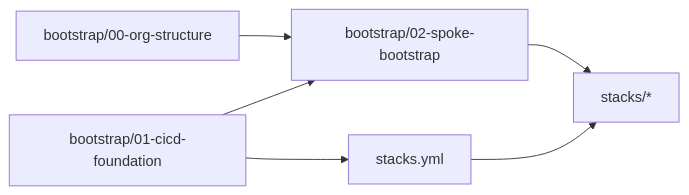
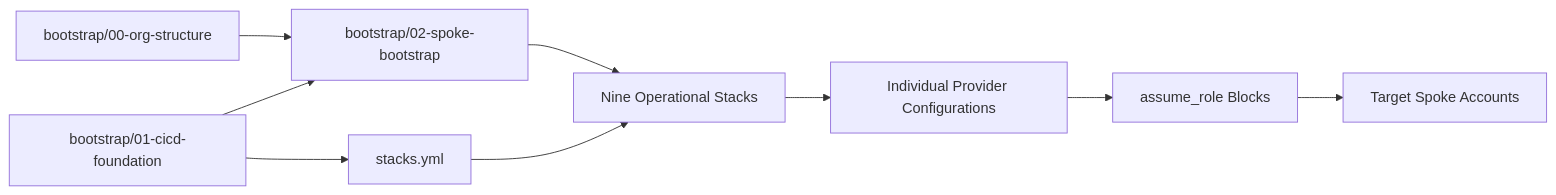
Diagram 12 of 12 in .qoder/repowiki/en/content/Stack Architecture/Stack Architecture.md (AlibabaCloudLandingZone/alibabacloud-landingzone-accelerator-github-demo), drawn with Mermaid before and after one commit. The commit also changed other lines of this file and 104 other files, not shown here.

````diff
--- a/.qoder/repowiki/en/content/Stack Architecture/Stack Architecture.md
+++ b/.qoder/repowiki/en/content/Stack Architecture/Stack Architecture.md
@@ -311,8 +432,11 @@
 ```mermaid
 graph LR
 ORG["bootstrap/00-org-structure"] --> SPOKE["bootstrap/02-spoke-bootstrap"]
 CICD["bootstrap/01-cicd-foundation"] --> SPOKE
-SPOKE --> STACKS["stacks/*"]
+SPOKE --> STACKS["Nine Operational Stacks"]
 CICD --> WORKFLOW["stacks.yml"]
 WORKFLOW --> STACKS
+STACKS --> PROVIDERS["Individual Provider Configurations"]
+PROVIDERS --> ASSUME["assume_role Blocks"]
+ASSUME --> SPEAKER["Target Spoke Accounts"]
 ```
````
